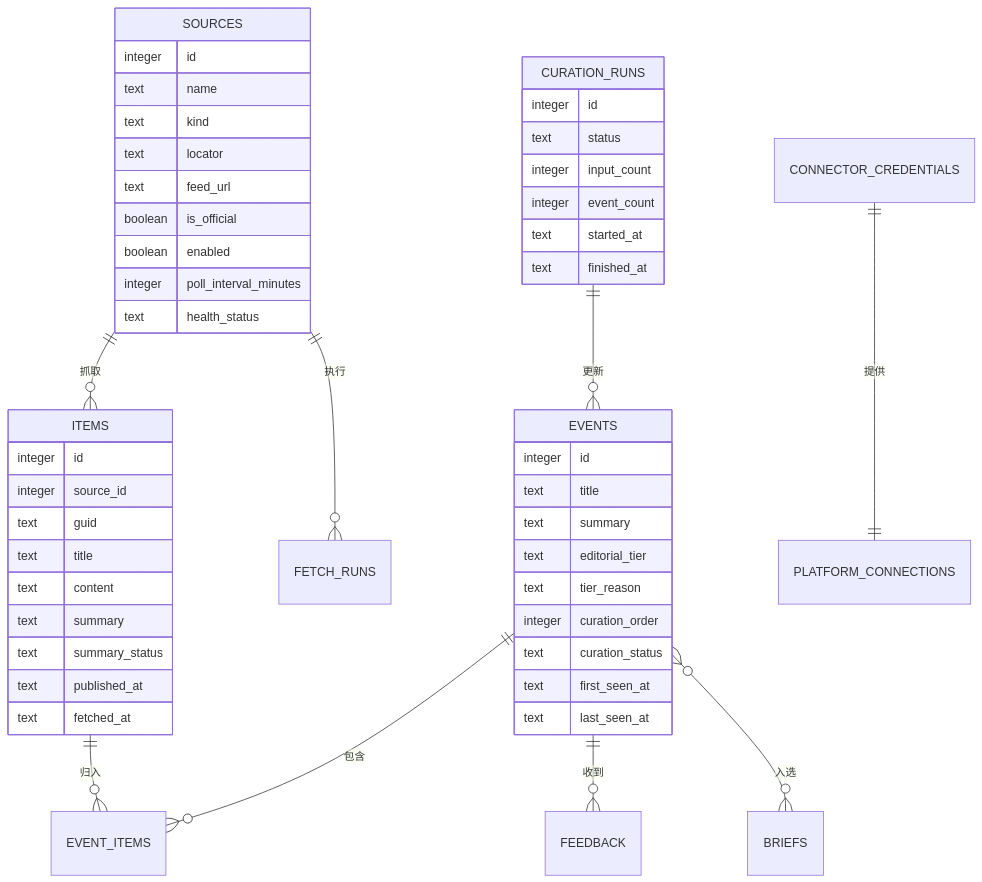
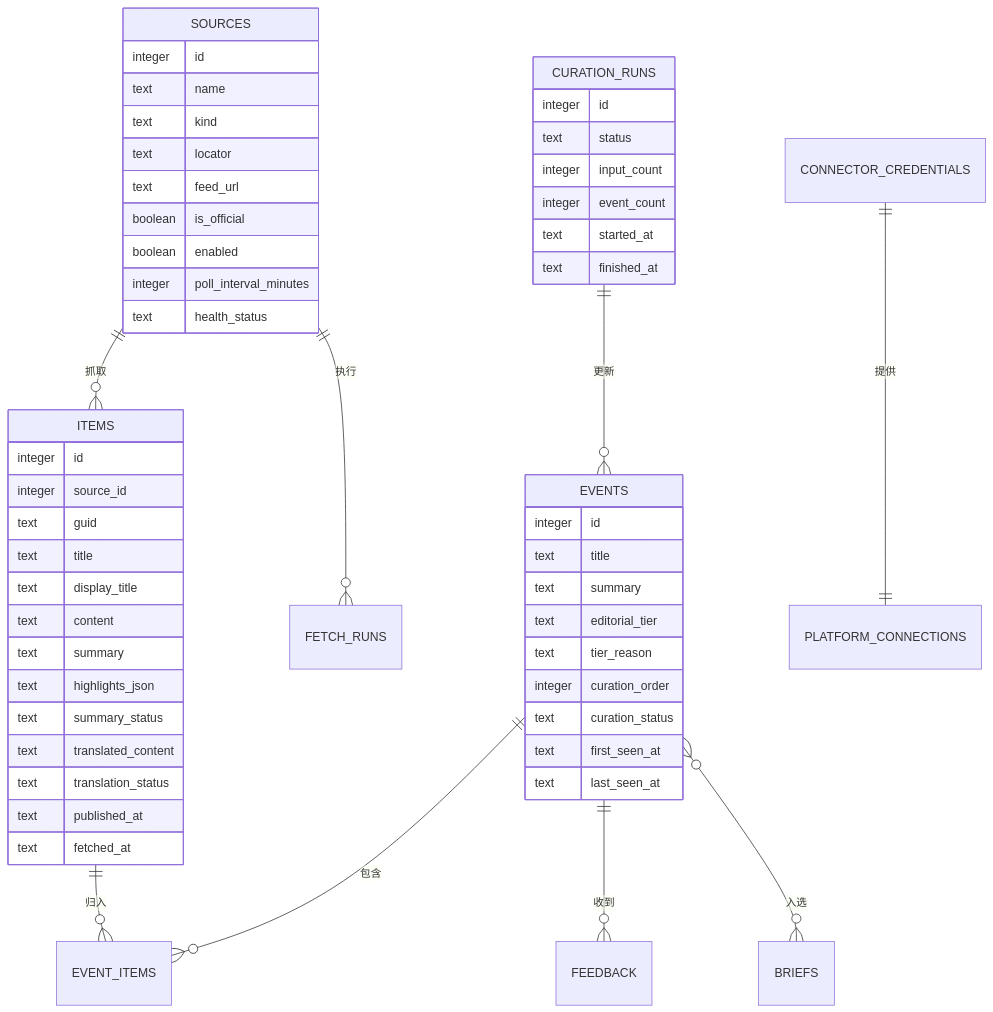
Before and after one commit to angelOnly/NewsRssHub: the fifth of 6 diagrams in docs/PRODUCT_REQUIREMENTS_AND_ARCHITECTURE.md, drawn with Mermaid. The commit also changed other lines of this file and 15 other files, not shown here.

````diff
--- a/docs/PRODUCT_REQUIREMENTS_AND_ARCHITECTURE.md
+++ b/docs/PRODUCT_REQUIREMENTS_AND_ARCHITECTURE.md
@@ -802,56 +823,60 @@
 ```mermaid
 erDiagram
     SOURCES ||--o{ ITEMS : "抓取"
     SOURCES ||--o{ FETCH_RUNS : "执行"
     ITEMS ||--o{ EVENT_ITEMS : "归入"
     EVENTS ||--o{ EVENT_ITEMS : "包含"
     EVENTS ||--o{ FEEDBACK : "收到"
     EVENTS }o--o{ BRIEFS : "入选"
     CURATION_RUNS ||--o{ EVENTS : "更新"
     CONNECTOR_CREDENTIALS ||--|| PLATFORM_CONNECTIONS : "提供"
 
     SOURCES {
         integer id
         text name
         text kind
         text locator
         text feed_url
         boolean is_official
         boolean enabled
         integer poll_interval_minutes
         text health_status
     }
 
     ITEMS {
         integer id
         integer source_id
         text guid
         text title
+        text display_title
         text content
         text summary
+        text highlights_json
         text summary_status
+        text translated_content
+        text translation_status
         text published_at
         text fetched_at
     }
 
     EVENTS {
         integer id
         text title
         text summary
         text editorial_tier
         text tier_reason
         integer curation_order
         text curation_status
         text first_seen_at
         text last_seen_at
     }
 
     CURATION_RUNS {
         integer id
         text status
         integer input_count
         integer event_count
         text started_at
         text finished_at
     }
 ```
````
